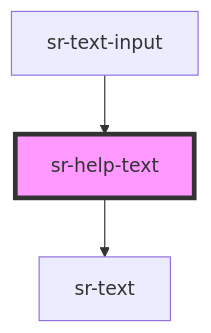
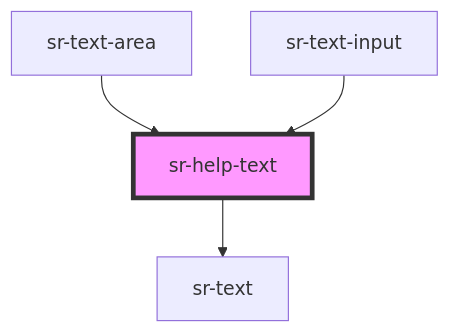
The diagram in src/components/form/sr-helptext/readme.md (tonyblu331/spotify-replay-design-system), drawn with Mermaid before and after one commit. The commit also changed other lines of this file and 9 other files, not shown here.

Commit message:
create text area component

````diff
--- a/src/components/form/sr-helptext/readme.md
+++ b/src/components/form/sr-helptext/readme.md
@@ -30,6 +31,7 @@
 ```mermaid
 graph TD;
   sr-help-text --> sr-text
+  sr-text-area --> sr-help-text
   sr-text-input --> sr-help-text
   style sr-help-text fill:#f9f,stroke:#333,stroke-width:4px
 ```
````
